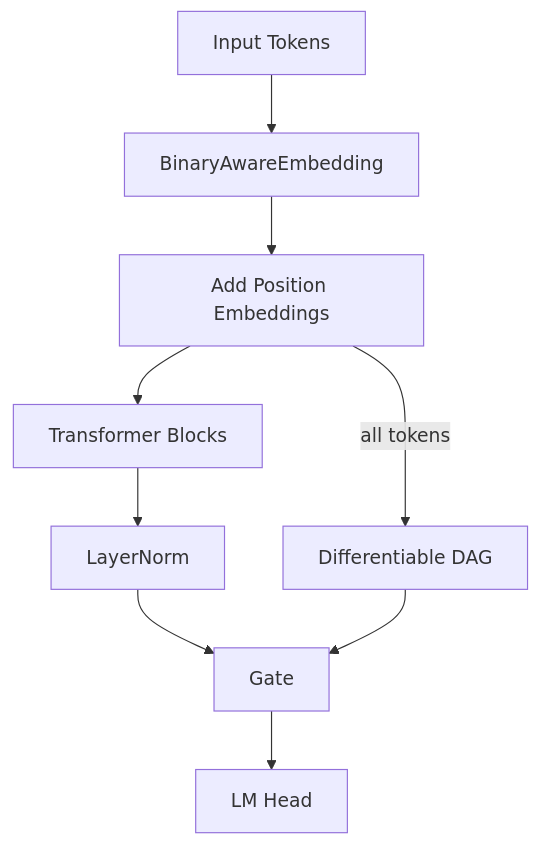
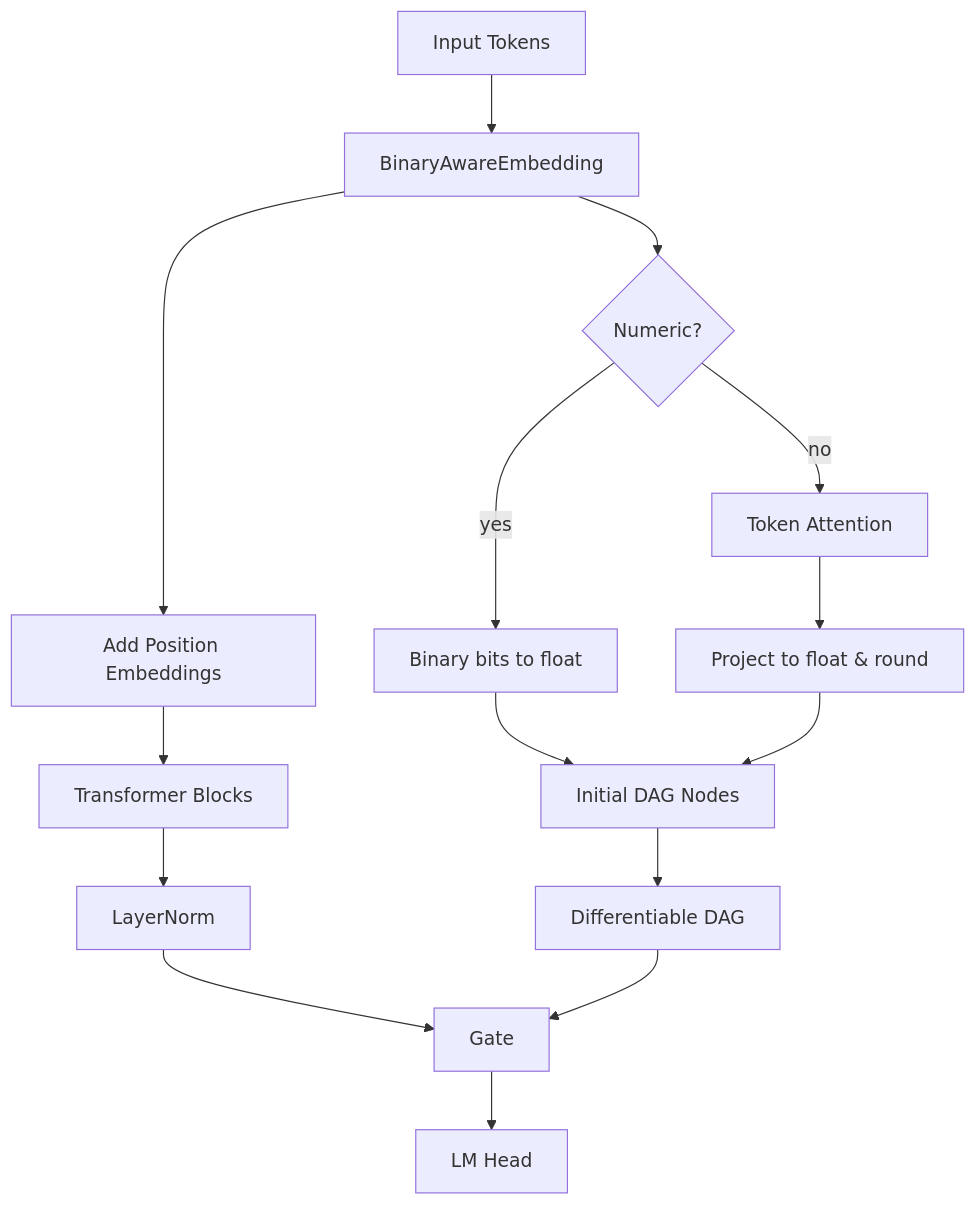
One commit to marict/nanoGPT-llm-extraction changed the diagram in README.md. Above: the diagram before and after it, drawn with Mermaid.

Commit message:
Update DAG diagram to show numeric handling

````diff
--- a/README.md
+++ b/README.md
@@ -19,11 +19,17 @@
 ```mermaid
 flowchart TD
     A[Input Tokens] --> B[BinaryAwareEmbedding]
     B --> C[Add Position Embeddings]
     C --> D[Transformer Blocks]
     D --> E[LayerNorm]
-    C --> |all tokens| F[Differentiable DAG]
-    E --> G[Gate]
-    F --> G
-    G --> H[LM Head]
+    B --> F{Numeric?}
+    F -->|yes| G[Binary bits to float]
+    F -->|no| H[Token Attention]
+    H --> I[Project to float & round]
+    G --> J[Initial DAG Nodes]
+    I --> J
+    J --> K[Differentiable DAG]
+    E --> L[Gate]
+    K --> L
+    L --> M[LM Head]
 ```
````
